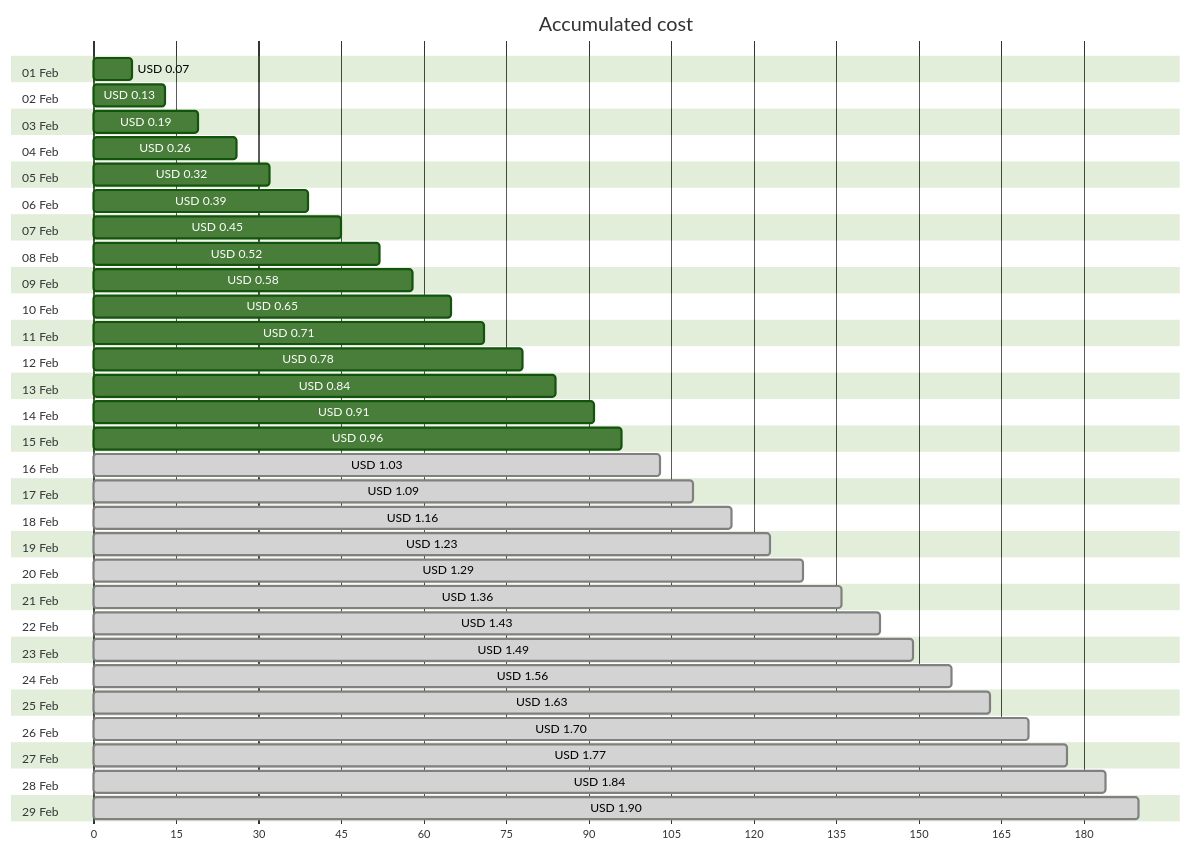
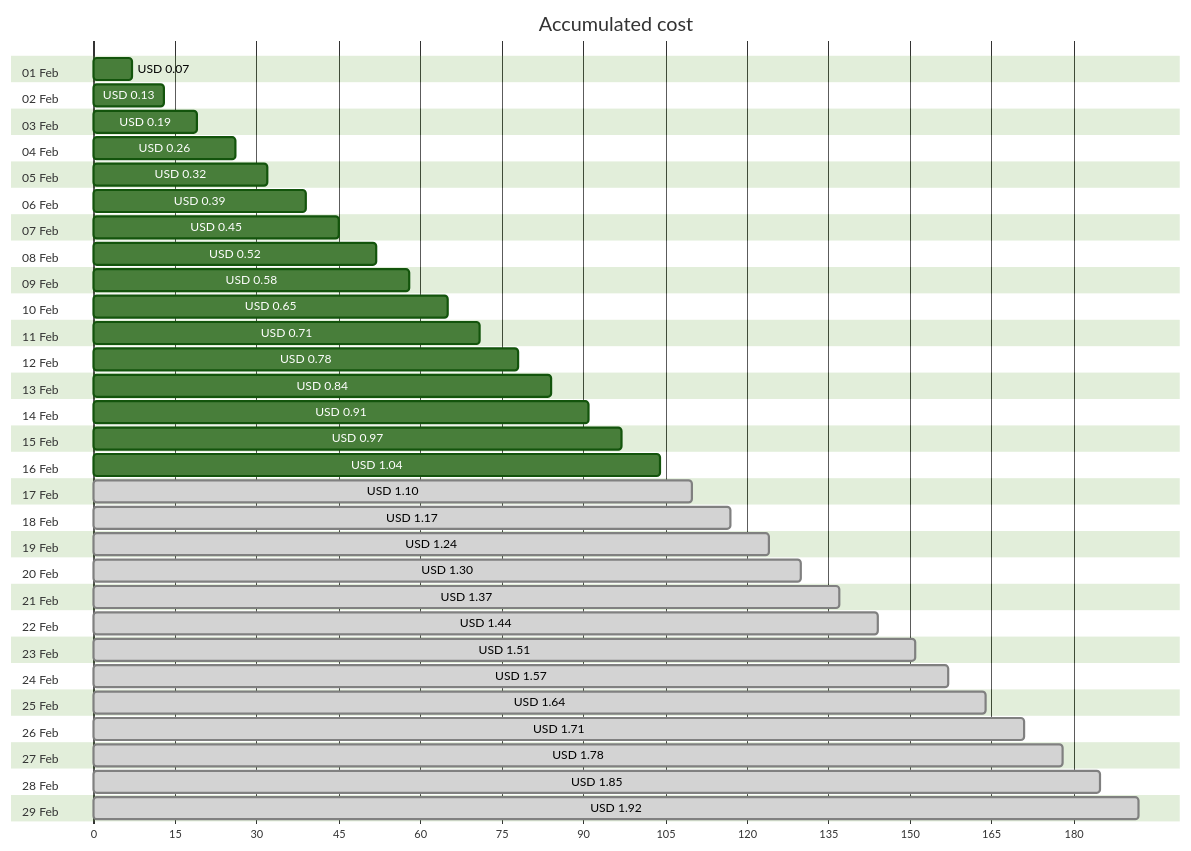
The first of 4 diagrams in cost-reports/personal-network/backup-server_OsDisk.md (jpfulton/azure-personal-reports), drawn with Mermaid (forest theme) before and after one commit. The commit also changed other lines of this file and 8 other files, not shown here.

````diff
--- a/cost-reports/personal-network/backup-server_OsDisk.md
+++ b/cost-reports/personal-network/backup-server_OsDisk.md
@@ -20,64 +20,64 @@
 ```mermaid
 gantt
    title Accumulated cost
    dateFormat  X
    axisFormat %s
    section 01 Feb
    USD 0.07 :0, 7
    section 02 Feb
    USD 0.13 :0, 13
    section 03 Feb
    USD 0.19 :0, 19
    section 04 Feb
    USD 0.26 :0, 26
    section 05 Feb
    USD 0.32 :0, 32
    section 06 Feb
    USD 0.39 :0, 39
    section 07 Feb
    USD 0.45 :0, 45
    section 08 Feb
    USD 0.52 :0, 52
    section 09 Feb
    USD 0.58 :0, 58
    section 10 Feb
    USD 0.65 :0, 65
    section 11 Feb
    USD 0.71 :0, 71
    section 12 Feb
    USD 0.78 :0, 78
    section 13 Feb
    USD 0.84 :0, 84
    section 14 Feb
    USD 0.91 :0, 91
    section 15 Feb
-   USD 0.96 :0, 96
+   USD 0.97 :0, 97
    section 16 Feb
-   USD 1.03 : done, 0, 103
+   USD 1.04 :0, 104
    section 17 Feb
-   USD 1.09 : done, 0, 109
+   USD 1.10 : done, 0, 110
    section 18 Feb
-   USD 1.16 : done, 0, 116
+   USD 1.17 : done, 0, 117
    section 19 Feb
-   USD 1.23 : done, 0, 123
+   USD 1.24 : done, 0, 124
    section 20 Feb
-   USD 1.29 : done, 0, 129
+   USD 1.30 : done, 0, 130
    section 21 Feb
-   USD 1.36 : done, 0, 136
+   USD 1.37 : done, 0, 137
    section 22 Feb
-   USD 1.43 : done, 0, 143
+   USD 1.44 : done, 0, 144
    section 23 Feb
-   USD 1.49 : done, 0, 149
+   USD 1.51 : done, 0, 151
    section 24 Feb
-   USD 1.56 : done, 0, 156
+   USD 1.57 : done, 0, 157
    section 25 Feb
-   USD 1.63 : done, 0, 163
+   USD 1.64 : done, 0, 164
    section 26 Feb
-   USD 1.70 : done, 0, 170
+   USD 1.71 : done, 0, 171
    section 27 Feb
-   USD 1.77 : done, 0, 177
+   USD 1.78 : done, 0, 178
    section 28 Feb
-   USD 1.84 : done, 0, 184
+   USD 1.85 : done, 0, 185
    section 29 Feb
-   USD 1.90 : done, 0, 190
+   USD 1.92 : done, 0, 192
 ```
````
